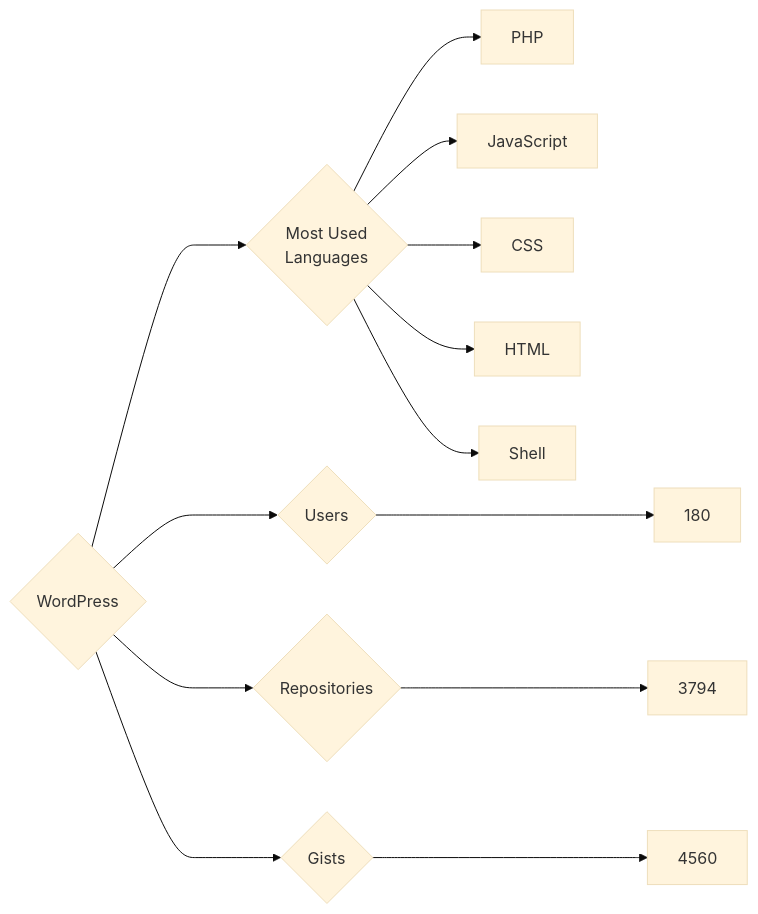
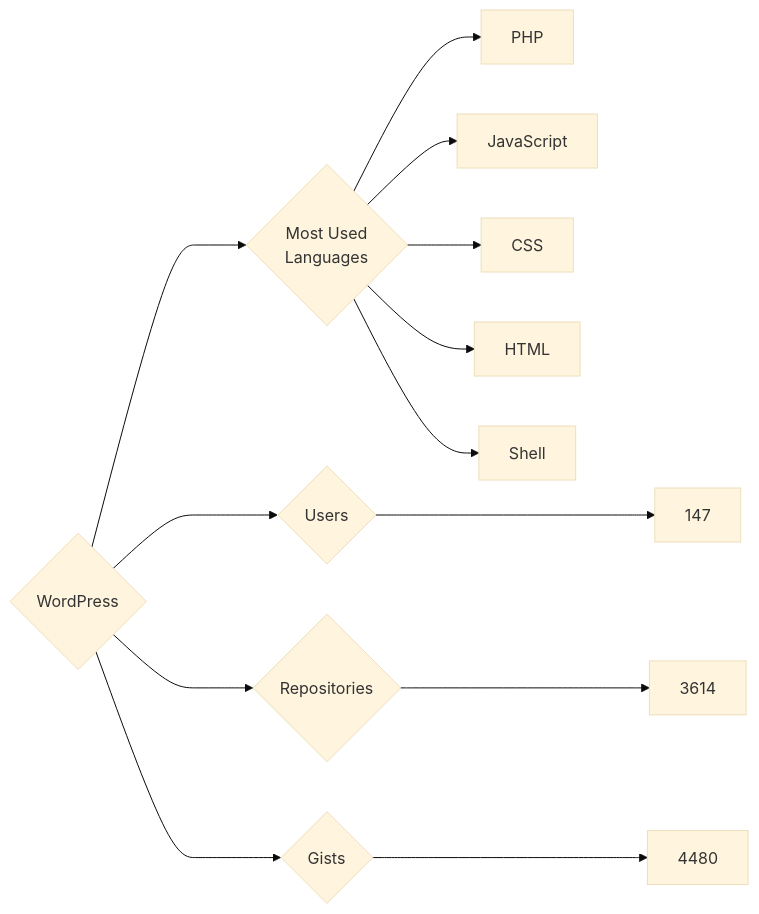
The diagram in targets/WordPress/README.md (trickest/insiders), drawn with Mermaid (base theme) before and after one commit. The commit also changed 895 other files, not shown here.

````diff
--- a/targets/WordPress/README.md
+++ b/targets/WordPress/README.md
@@ -3,13 +3,13 @@
 ```mermaid
 graph LR
 COMPANY_NAME{WordPress}
-COMPANY_NAME ---> U{Users} ---> UN[180]
-COMPANY_NAME ---> R{Repositories} ---> RN[3794]
-COMPANY_NAME ---> G{Gists} ---> GN[4560]
+COMPANY_NAME ---> U{Users} ---> UN[147]
+COMPANY_NAME ---> R{Repositories} ---> RN[3614]
+COMPANY_NAME ---> G{Gists} ---> GN[4480]
 COMPANY_NAME ---> ML{Most Used<br>Languages}
 ML --> PHP[PHP]
 ML --> JavaScript[JavaScript]
 ML --> CSS[CSS]
 ML --> HTML[HTML]
 ML --> Shell[Shell]
 ```
````
